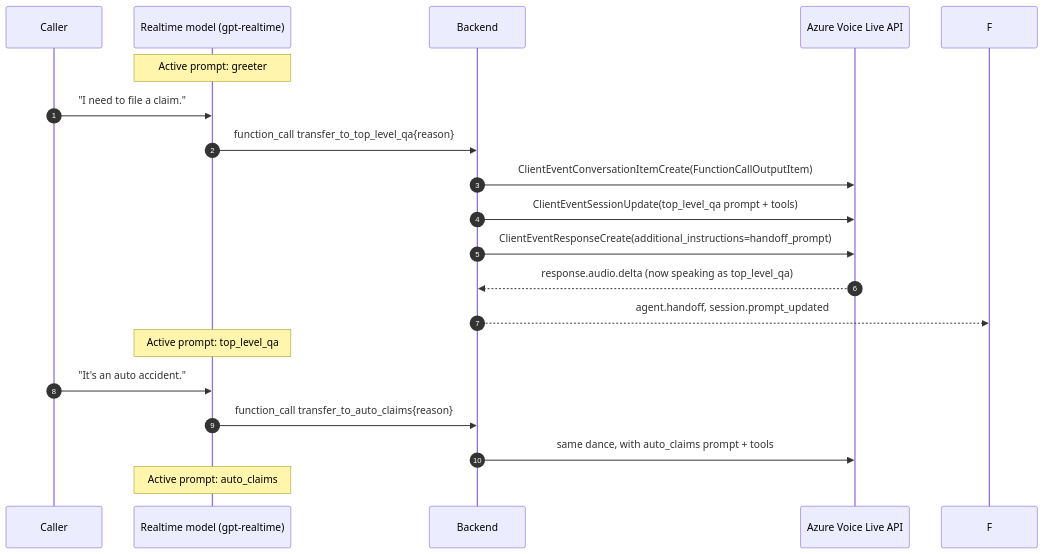
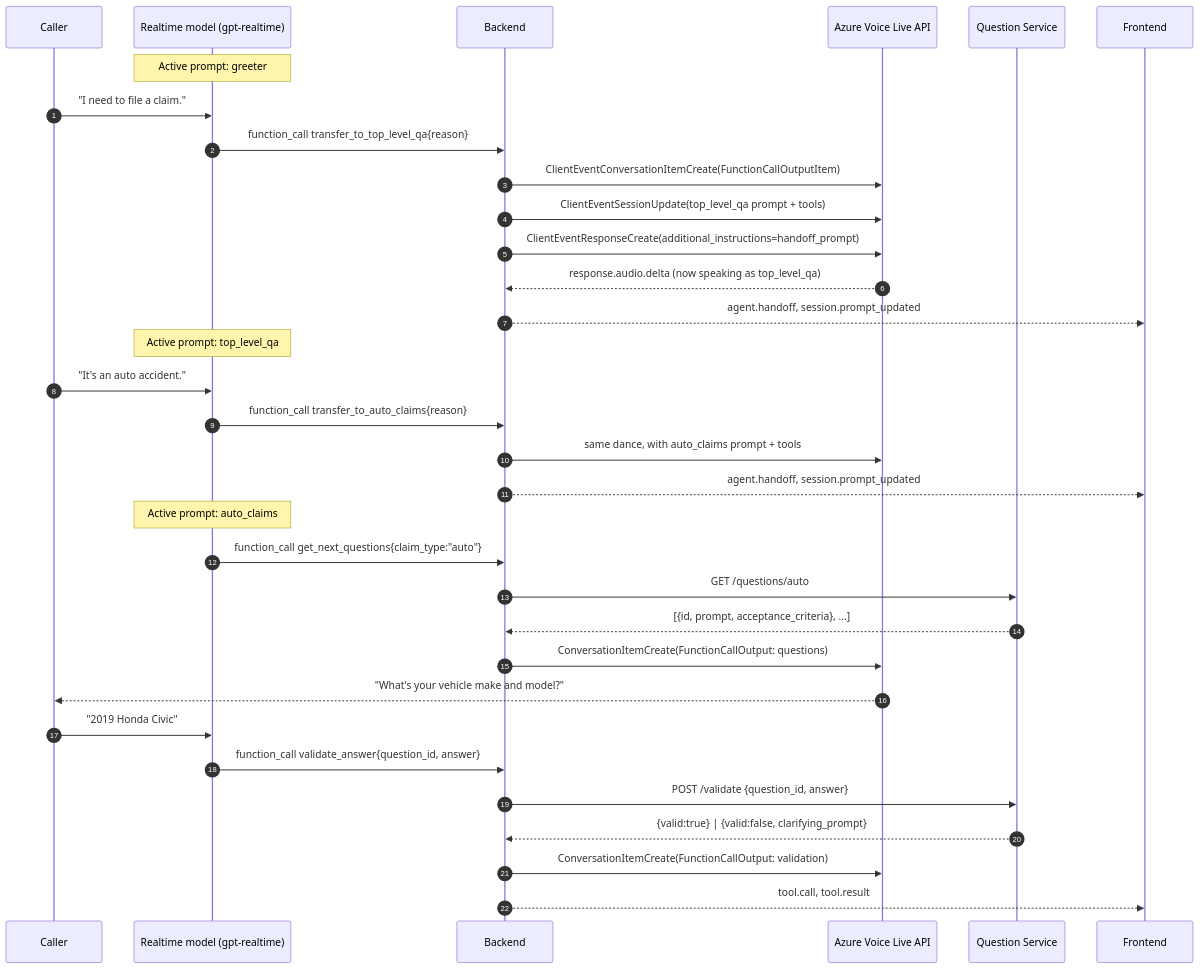
One commit to aymenfurter/voicelive-agent-patterns changed the diagram in docs/content/sequential-handoff.md. Above: the diagram before and after it, drawn with Mermaid. The commit also changed 3 other files, not shown here.

Commit message:
docs: add Question Service + Frontend to sequential-handoff diagram

```diff
--- a/docs/content/sequential-handoff.md
+++ b/docs/content/sequential-handoff.md
@@ -57,23 +57,39 @@
 {{< mermaid >}}
 sequenceDiagram
   autonumber
   participant U as Caller
   participant V as Realtime model (gpt-realtime)
   participant B as Backend
   participant A as Azure Voice Live API
+  participant Q as Question Service
+  participant F as Frontend
 
   Note over V: Active prompt: greeter
   U->>V: "I need to file a claim."
   V->>B: function_call transfer_to_top_level_qa{reason}
   B->>A: ClientEventConversationItemCreate(FunctionCallOutputItem)
   B->>A: ClientEventSessionUpdate(top_level_qa prompt + tools)
   B->>A: ClientEventResponseCreate(additional_instructions=handoff_prompt)
   A-->>B: response.audio.delta (now speaking as top_level_qa)
   B-->>F: agent.handoff, session.prompt_updated
 
   Note over V: Active prompt: top_level_qa
   U->>V: "It's an auto accident."
   V->>B: function_call transfer_to_auto_claims{reason}
   B->>A: same dance, with auto_claims prompt + tools
+  B-->>F: agent.handoff, session.prompt_updated
   Note over V: Active prompt: auto_claims
+
+  V->>B: function_call get_next_questions{claim_type:"auto"}
+  B->>Q: GET /questions/auto
+  Q-->>B: [{id, prompt, acceptance_criteria}, ...]
+  B->>A: ConversationItemCreate(FunctionCallOutput: questions)
+  A-->>U: "What's your vehicle make and model?"
+
+  U->>V: "2019 Honda Civic"
+  V->>B: function_call validate_answer{question_id, answer}
+  B->>Q: POST /validate {question_id, answer}
+  Q-->>B: {valid:true} | {valid:false, clarifying_prompt}
+  B->>A: ConversationItemCreate(FunctionCallOutput: validation)
+  B-->>F: tool.call, tool.result
 {{< /mermaid >}}
```
